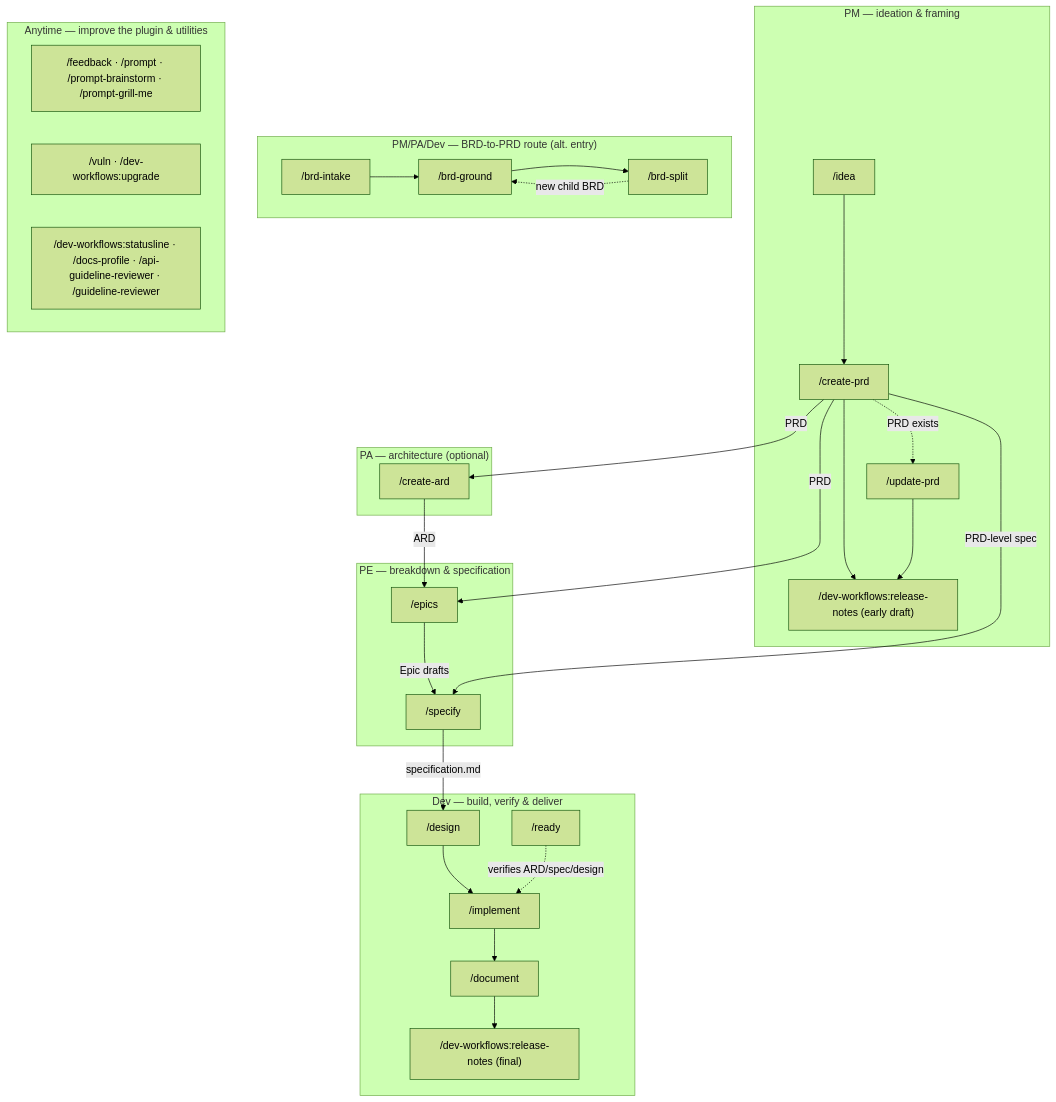
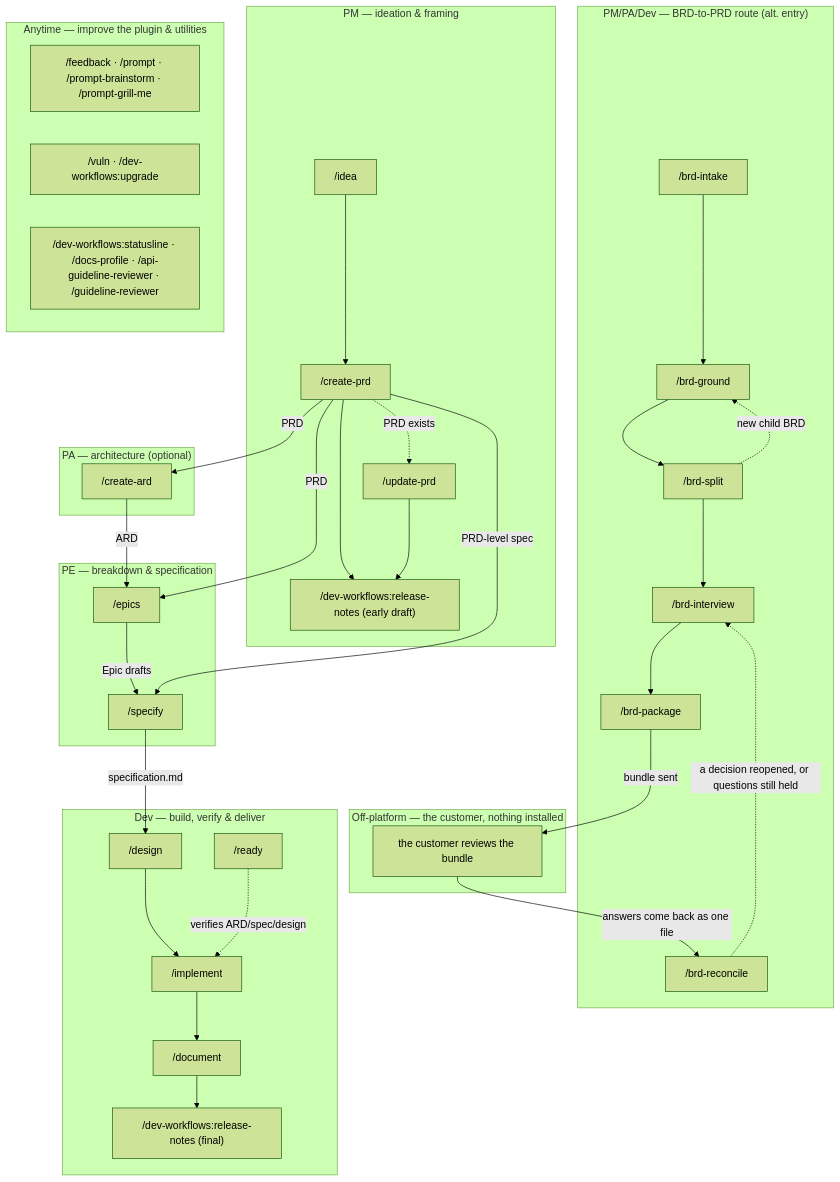
One commit to ihudak/ihudak-claude-plugins changed the diagram in plugins/dev-workflows/docs/workflow.md. Above: the diagram before and after it, drawn with Mermaid (forest theme). The commit also changed other lines of this file and 3 other files, not shown here.

````diff
--- a/plugins/dev-workflows/docs/workflow.md
+++ b/plugins/dev-workflows/docs/workflow.md
@@ -5,39 +5,47 @@
 ```mermaid
 flowchart TD
     subgraph PM["PM — ideation & framing"]
         idea["/idea"] --> createvi["/create-prd"]
         createvi --> rnpm["/dev-workflows:release-notes (early draft)"]
         createvi -.->|PRD exists| updatevi["/update-prd"]
         updatevi --> rnpm
     end
     subgraph BRD["PM/PA/Dev — BRD-to-PRD route (alt. entry)"]
         brdintake["/brd-intake"] --> brdground["/brd-ground"] --> brdsplit["/brd-split"]
         brdsplit -.->|new child BRD| brdground
+        brdsplit --> brdinterview["/brd-interview"] --> brdpackage["/brd-package"]
+        brdreconcile["/brd-reconcile"]
+    end
+    subgraph CUST["Off-platform — the customer, nothing installed"]
+        brdreview["the customer reviews the bundle"]
     end
     subgraph PA["PA — architecture (optional)"]
         createard["/create-ard"]
     end
     subgraph PE["PE — breakdown & specification"]
         epics["/epics"]
         specify["/specify"]
     end
     subgraph DEV["Dev — build, verify & deliver"]
         design["/design"] --> implement["/implement"]
         implement --> document["/document"]
         document --> rndev["/dev-workflows:release-notes (final)"]
         ready["/ready"]
     end
     subgraph ANY["Anytime — improve the plugin & utilities"]
         improve["/feedback · /prompt · /prompt-brainstorm · /prompt-grill-me"]
         maint["/vuln · /dev-workflows:upgrade"]
         tooling["/dev-workflows:statusline · /docs-profile · /api-guideline-reviewer · /guideline-reviewer"]
     end
 
     createvi -->|PRD| createard
     createvi -->|PRD| epics
     createard -->|ARD| epics
     epics -->|Epic drafts| specify
     createvi -->|PRD-level spec| specify
     specify -->|specification.md| design
     ready -. verifies ARD/spec/design .-> implement
+    brdpackage -->|bundle sent| brdreview
+    brdreview -->|answers come back as one file| brdreconcile
+    brdreconcile -.->|a decision reopened, or questions still held| brdinterview
 ```
````
